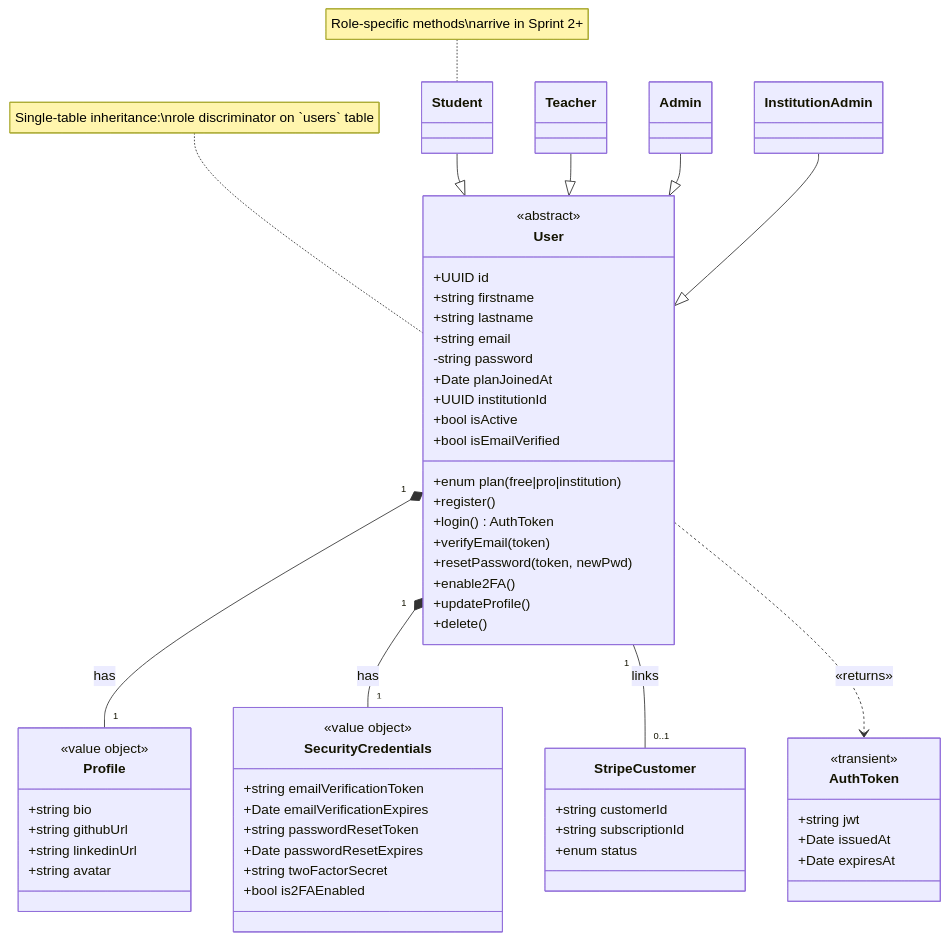
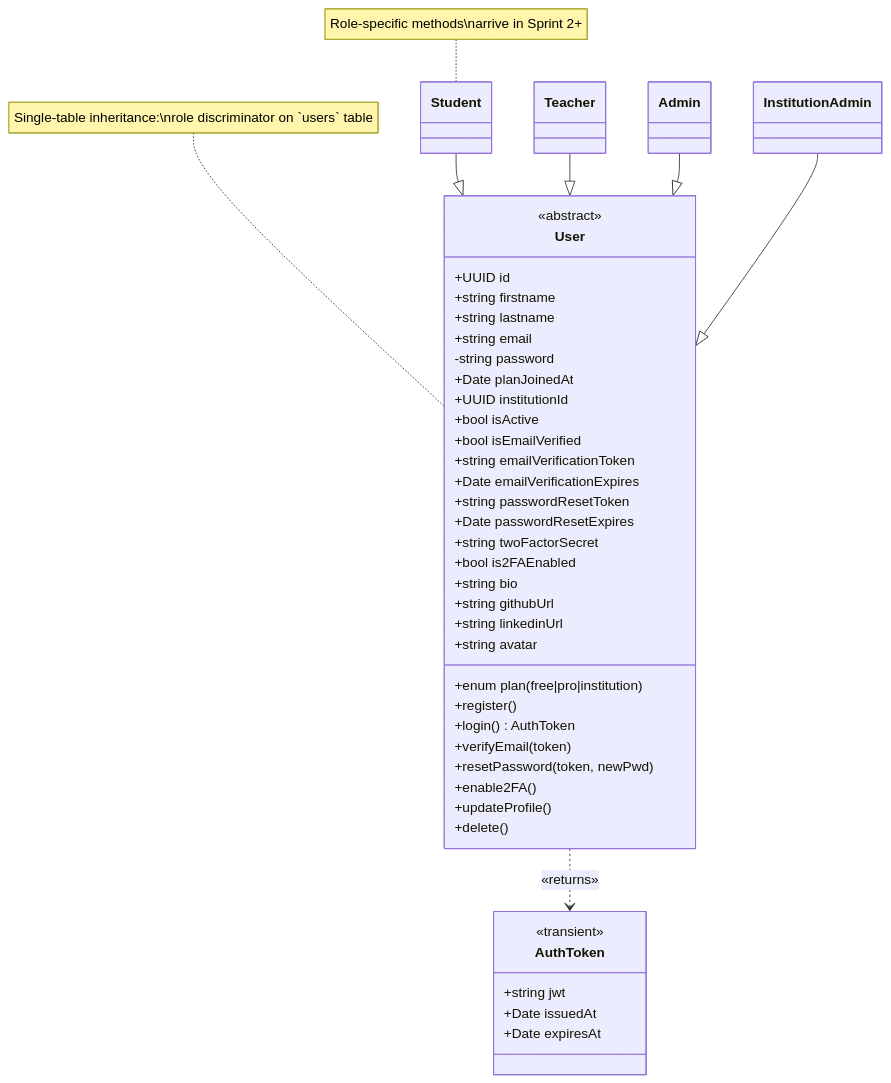
The ninth of 11 diagrams in docs/05_chapitre3_sprint1.md (MaizaAymen/OmniLearn), drawn with Mermaid before and after one commit. The commit also changed other lines of this file, not shown here.

````diff
--- a/docs/05_chapitre3_sprint1.md
+++ b/docs/05_chapitre3_sprint1.md
@@ -337,78 +337,61 @@
 ```mermaid
 classDiagram
   direction TB
 
   class User {
     <<abstract>>
     +UUID id
     +string firstname
     +string lastname
     +string email
     -string password
     +enum plan  (free|pro|institution)
     +Date planJoinedAt
     +UUID institutionId
     +bool isActive
     +bool isEmailVerified
+    +string emailVerificationToken
+    +Date   emailVerificationExpires
+    +string passwordResetToken
+    +Date   passwordResetExpires
+    +string twoFactorSecret
+    +bool   is2FAEnabled
+    +string bio
+    +string githubUrl
+    +string linkedinUrl
+    +string avatar
     +register()
     +login() AuthToken
     +verifyEmail(token)
     +resetPassword(token, newPwd)
     +enable2FA()
     +updateProfile()
     +delete()
   }
 
   class Student {
   }
   class Teacher {
   }
   class Admin {
   }
   class InstitutionAdmin {
   }
 
-  class Profile {
-    <<value object>>
-    +string bio
-    +string githubUrl
-    +string linkedinUrl
-    +string avatar
-  }
-
-  class SecurityCredentials {
-    <<value object>>
-    +string emailVerificationToken
-    +Date   emailVerificationExpires
-    +string passwordResetToken
-    +Date   passwordResetExpires
-    +string twoFactorSecret
-    +bool   is2FAEnabled
-  }
-
   class AuthToken {
     <<transient>>
     +string jwt
     +Date issuedAt
     +Date expiresAt
   }
 
-  class StripeCustomer {
-    +string customerId
-    +string subscriptionId
-    +enum  status
-  }
-
   Student          --|> User
   Teacher          --|> User
   Admin            --|> User
   InstitutionAdmin --|> User
 
-  User "1" *-- "1"    Profile             : has
-  User "1" *-- "1"    SecurityCredentials : has
-  User "1" --  "0..1" StripeCustomer      : links
   User ..> AuthToken : «returns»
 
   note for User "Single-table inheritance:\nrole discriminator on `users` table"
   note for Student "Role-specific methods\narrive in Sprint 2+"
 ```
````
